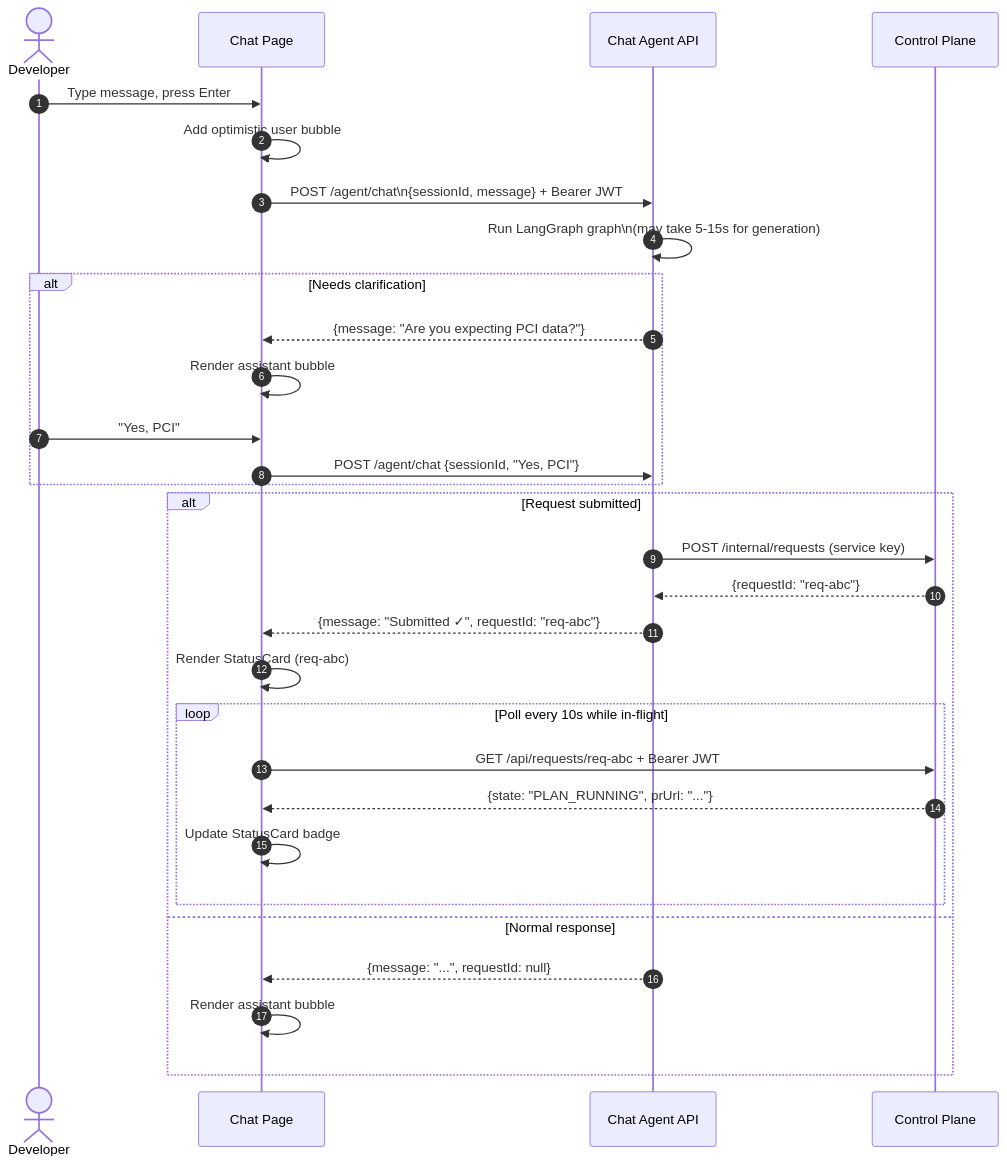
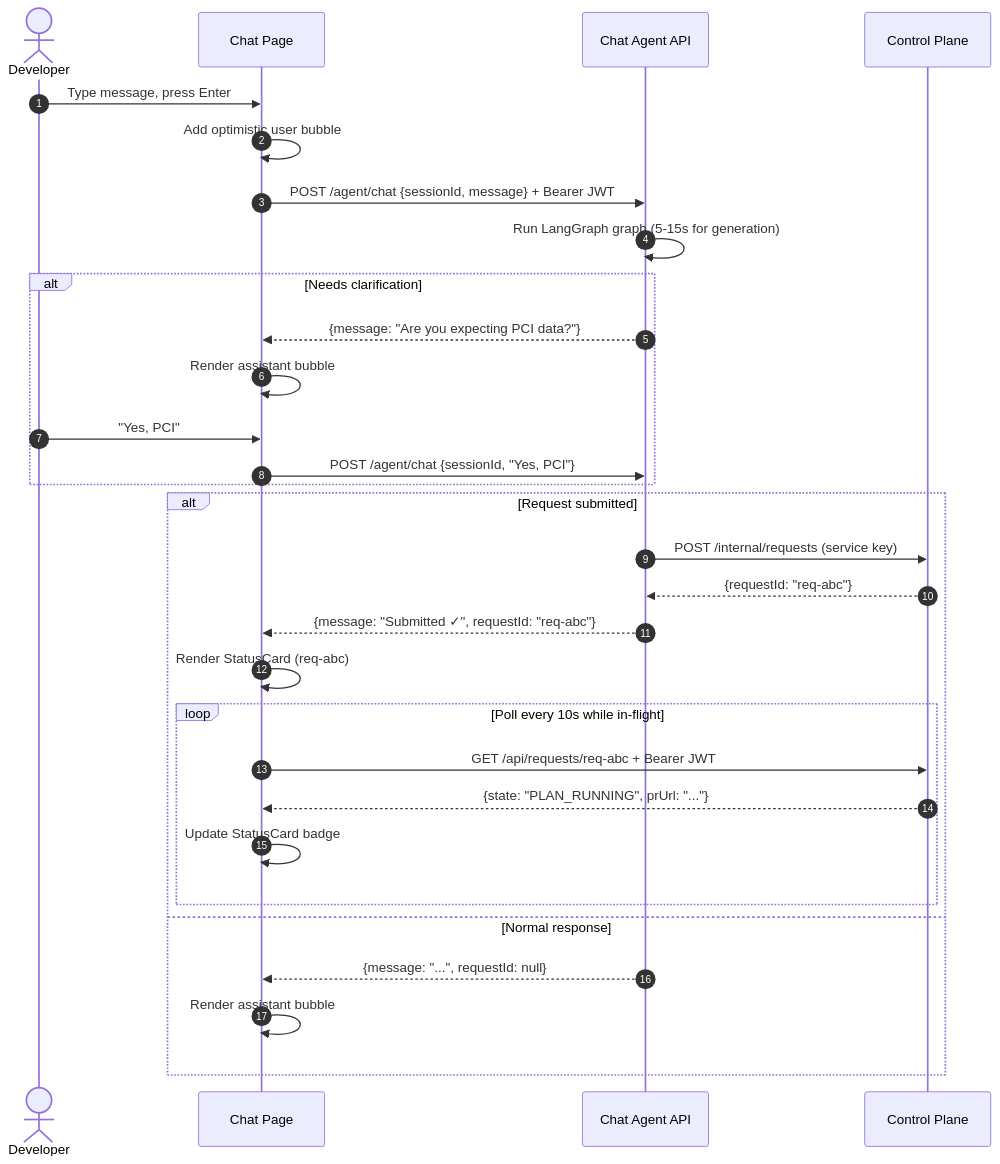
The second of 5 diagrams in ui/README.md (thisissvikas/infraforge), drawn with Mermaid before and after one commit. The commit also changed 3 other files, not shown here.

Commit message:
fixed mermaid rendering issue

````diff
--- a/ui/README.md
+++ b/ui/README.md
@@ -67,36 +67,36 @@
 ```mermaid
 sequenceDiagram
     autonumber
     actor Dev as Developer
     participant UI as Chat Page
     participant Agent as Chat Agent API
     participant CP as Control Plane
 
     Dev->>UI: Type message, press Enter
     UI->>UI: Add optimistic user bubble
-    UI->>Agent: POST /agent/chat\n{sessionId, message} + Bearer JWT
+    UI->>Agent: POST /agent/chat {sessionId, message} + Bearer JWT
 
-    Agent->>Agent: Run LangGraph graph\n(may take 5-15s for generation)
+    Agent->>Agent: Run LangGraph graph (5-15s for generation)
 
     alt Needs clarification
         Agent-->>UI: {message: "Are you expecting PCI data?"}
         UI->>UI: Render assistant bubble
         Dev->>UI: "Yes, PCI"
         UI->>Agent: POST /agent/chat {sessionId, "Yes, PCI"}
     end
 
     alt Request submitted
         Agent->>CP: POST /internal/requests (service key)
         CP-->>Agent: {requestId: "req-abc"}
         Agent-->>UI: {message: "Submitted ✓", requestId: "req-abc"}
         UI->>UI: Render StatusCard (req-abc)
         loop Poll every 10s while in-flight
             UI->>CP: GET /api/requests/req-abc + Bearer JWT
             CP-->>UI: {state: "PLAN_RUNNING", prUrl: "..."}
             UI->>UI: Update StatusCard badge
         end
     else Normal response
         Agent-->>UI: {message: "...", requestId: null}
         UI->>UI: Render assistant bubble
     end
 ```
````
